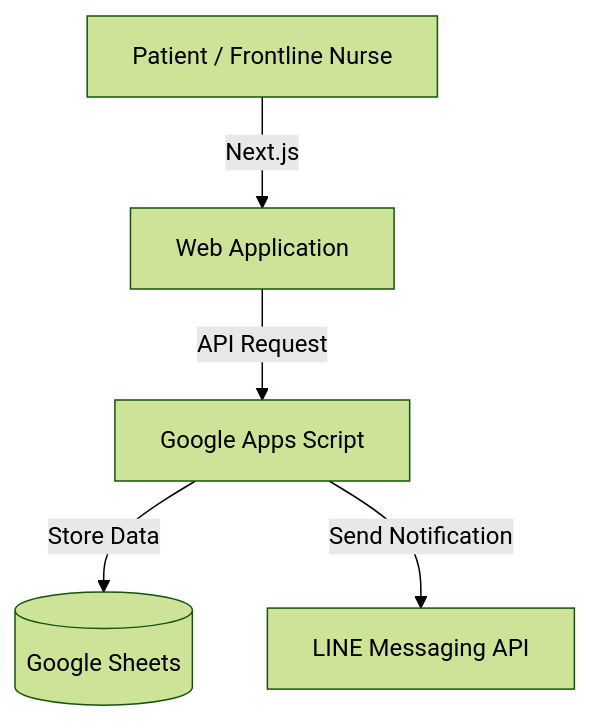
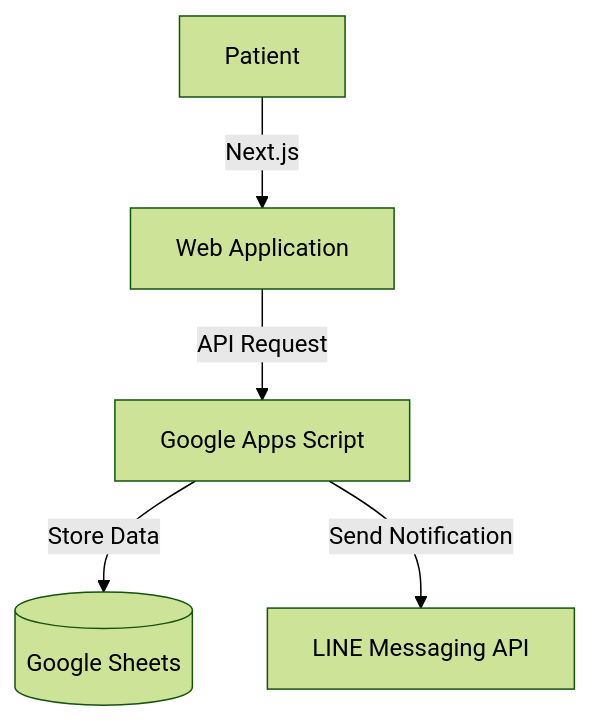
The diagram in README.md (ratchanon-noknoy2318/healthcare-intake), drawn with Mermaid (forest theme) before and after one commit.

Commit message:
Fix diagram to remove 'Frontline Nurse' reference

````diff
--- a/README.md
+++ b/README.md
@@ -12,7 +12,7 @@
 ```mermaid
 graph TD
-    A[Patient / Frontline Nurse] -->|Next.js| B[Web Application]
+    A[Patient] -->|Next.js| B[Web Application]
     B -->|API Request| C[Google Apps Script]
     C -->|Store Data| D[(Google Sheets)]
     C -->|Send Notification| E[LINE Messaging API]
 ```
````
